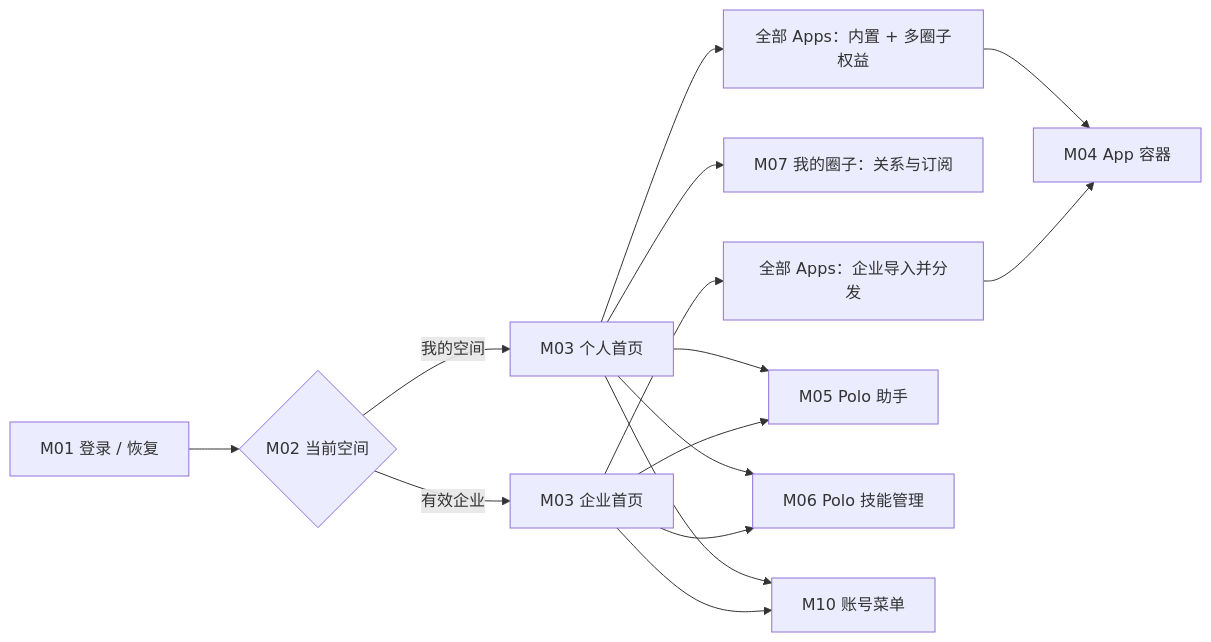
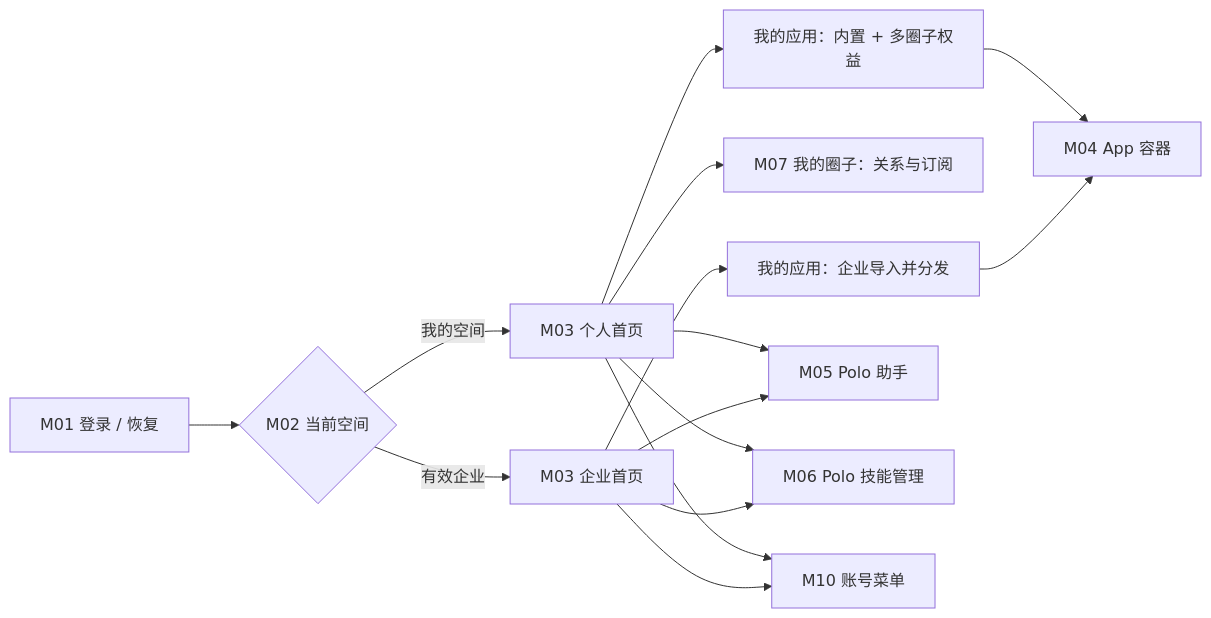
Before and after one commit to z-h-ai/polo: the first of 4 diagrams in docs/client-journey-review/spec.md, drawn with Mermaid. The commit also changed other lines of this file and 715 other files, not shown here.

````diff
--- a/docs/client-journey-review/spec.md
+++ b/docs/client-journey-review/spec.md
@@ -175,17 +177,17 @@
 ```mermaid
 flowchart LR
   LOGIN["M01 登录 / 恢复"] --> SPACE{"M02 当前空间"}
   SPACE -->|我的空间| PERSONAL["M03 个人首页"]
   SPACE -->|有效企业| ENTERPRISE["M03 企业首页"]
-  PERSONAL --> APPS_P["全部 Apps：内置 + 多圈子权益"]
+  PERSONAL --> APPS_P["我的应用：内置 + 多圈子权益"]
   PERSONAL --> CIRCLES["M07 我的圈子：关系与订阅"]
-  ENTERPRISE --> APPS_E["全部 Apps：企业导入并分发"]
+  ENTERPRISE --> APPS_E["我的应用：企业导入并分发"]
   APPS_P --> APP["M04 App 容器"]
   APPS_E --> APP
   PERSONAL --> ASSIST["M05 Polo 助手"]
   PERSONAL --> SKILLS["M06 Polo 技能管理"]
   ENTERPRISE --> SKILLS
   ENTERPRISE --> ASSIST
   PERSONAL --> ACCOUNT["M10 账号菜单"]
   ENTERPRISE --> ACCOUNT
 ```
````
